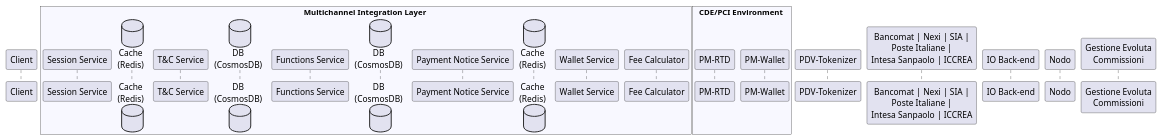
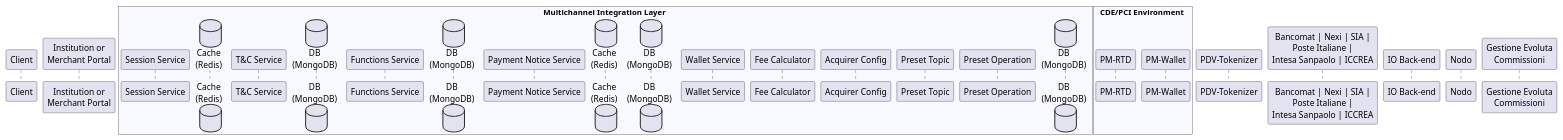
Before and after one commit to pagopa/mil-diags: the diagram in sequence_diags/common/actors.puml, drawn with PlantUML. The commit also changed 164 other files, not shown here.

Commit message:
Preset operation

```diff
--- a/sequence_diags/common/actors.puml
+++ b/sequence_diags/common/actors.puml
@@ -1,30 +1,40 @@
 participant "Client" as Client
+
+participant "Institution or\nMerchant Portal" as Portal
 
 box Multichannel Integration Layer #GhostWhite
 	participant "Session Service" as SessionSrv
 	database "Cache\n(Redis)" as SessionCache
 	
 	participant "T&C Service" as TCSrv
-	database "DB\n(CosmosDB)" as TCDB
+	database "DB\n(MongoDB)" as TCDB
 	
 	participant "Functions Service" as FunctionSrv
-	database "DB\n(CosmosDB)" as FunctionDB
+	database "DB\n(MongoDB)" as FunctionDB
 	
 	participant "Payment Notice Service" as NoticeSrv
 	database "Cache\n(Redis)" as NoticeCache
+	database "DB\n(MongoDB)" as NoticeDB
 	
 	participant "Wallet Service" as WalletWrp
 
 	participant "Fee Calculator" as FeeSrv
+	
+	participant "Acquirer Config" as AcqConf
+	
+	participant "Preset Topic" as PresetTpc
+	
+	participant "Preset Operation" as PresetSrv
+	database "DB\n(MongoDB)" as PresetDB
 end box
 
 box CDE/PCI Environment #GhostWhite
 	participant "PM-RTD" as PANTokenizer
 	participant "PM-Wallet" as Wallet
 end box
 
 participant "PDV-Tokenizer" as Tokenizer
 participant "Bancomat | Nexi | SIA |\nPoste Italiane |\nIntesa Sanpaolo | ICCREA" as ServiceCenter
 participant "IO Back-end" as IO
 participant "Nodo" as Nodo
 participant "Gestione Evoluta\nCommissioni" as GEC
```
